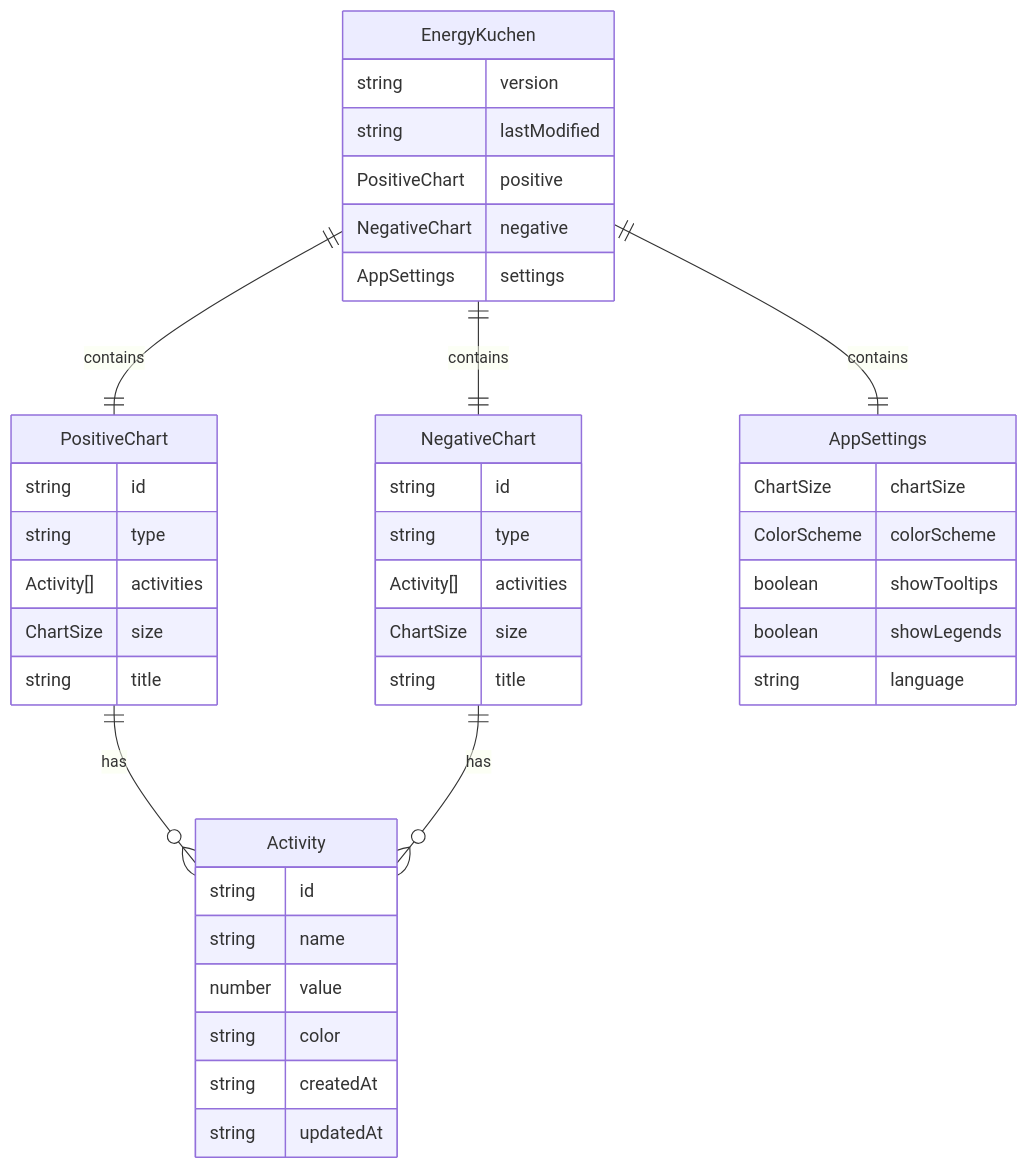
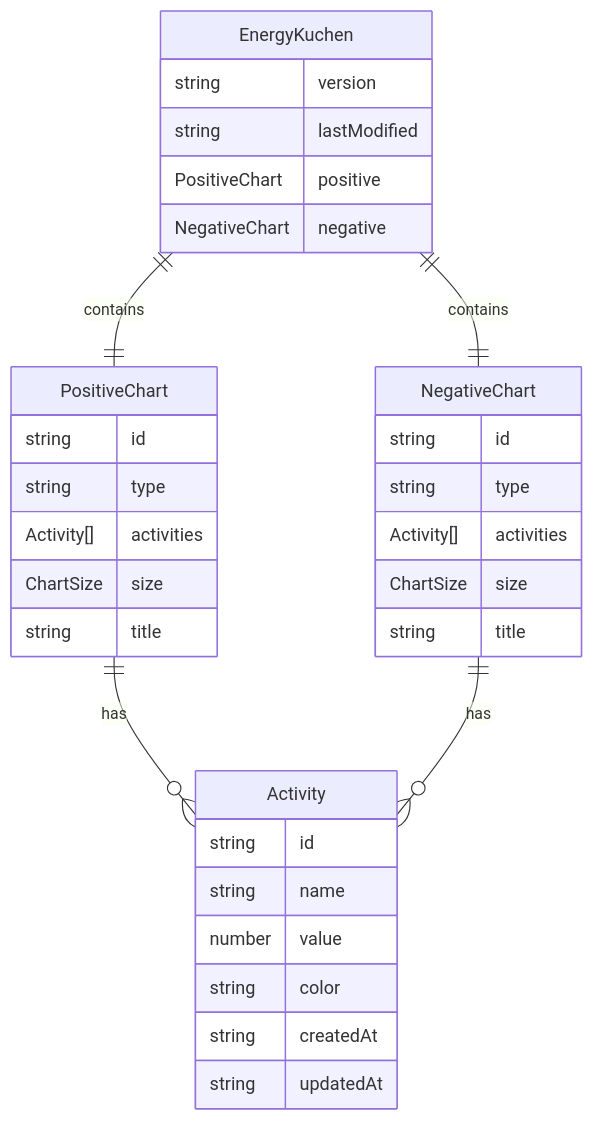
One commit to tobihagemann/energiekuchen changed the fourth of 13 diagrams in docs/software_design.md. Above: the diagram before and after it, drawn with Mermaid. The commit also changed other lines of this file and 22 other files, not shown here.

````diff
--- a/docs/software_design.md
+++ b/docs/software_design.md
@@ -215,49 +213,40 @@
 ```mermaid
 erDiagram
     EnergyKuchen ||--|| PositiveChart : contains
     EnergyKuchen ||--|| NegativeChart : contains
-    EnergyKuchen ||--|| AppSettings : contains
     PositiveChart ||--o{ Activity : has
     NegativeChart ||--o{ Activity : has
 
     EnergyKuchen {
         string version
         string lastModified
         PositiveChart positive
         NegativeChart negative
-        AppSettings settings
     }
 
     PositiveChart {
         string id
         string type
         Activity[] activities
         ChartSize size
         string title
     }
 
     NegativeChart {
         string id
         string type
         Activity[] activities
         ChartSize size
         string title
     }
 
     Activity {
         string id
         string name
         number value
         string color
         string createdAt
         string updatedAt
     }
 
-    AppSettings {
-        ChartSize chartSize
-        ColorScheme colorScheme
-        boolean showTooltips
-        boolean showLegends
-        string language
-    }
 ```
````
